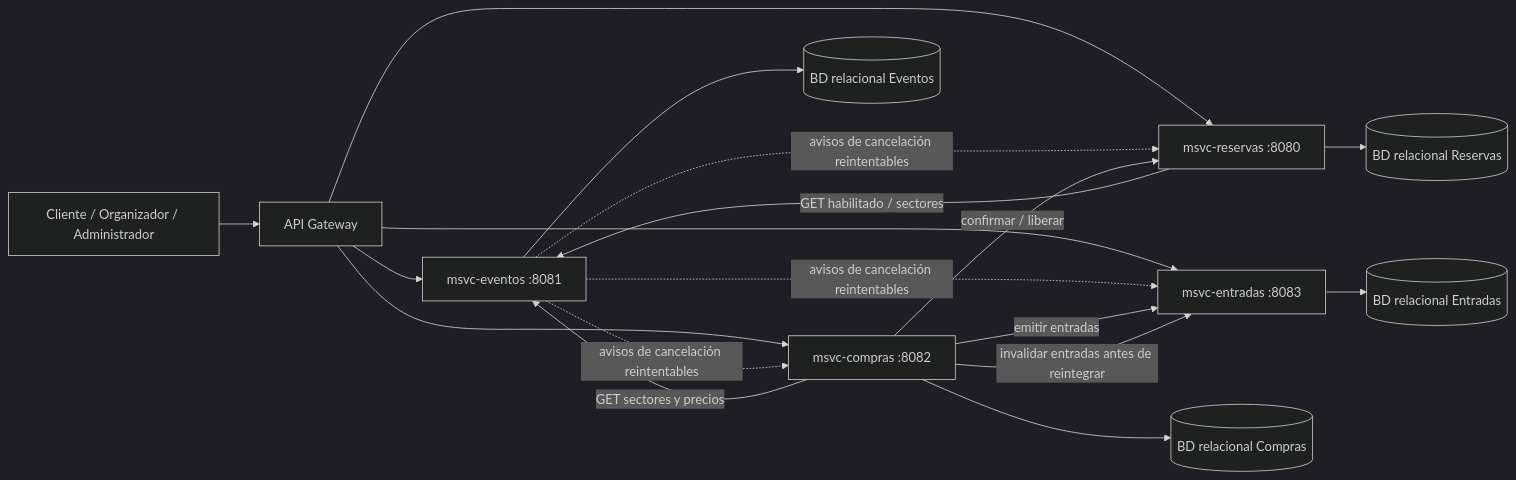
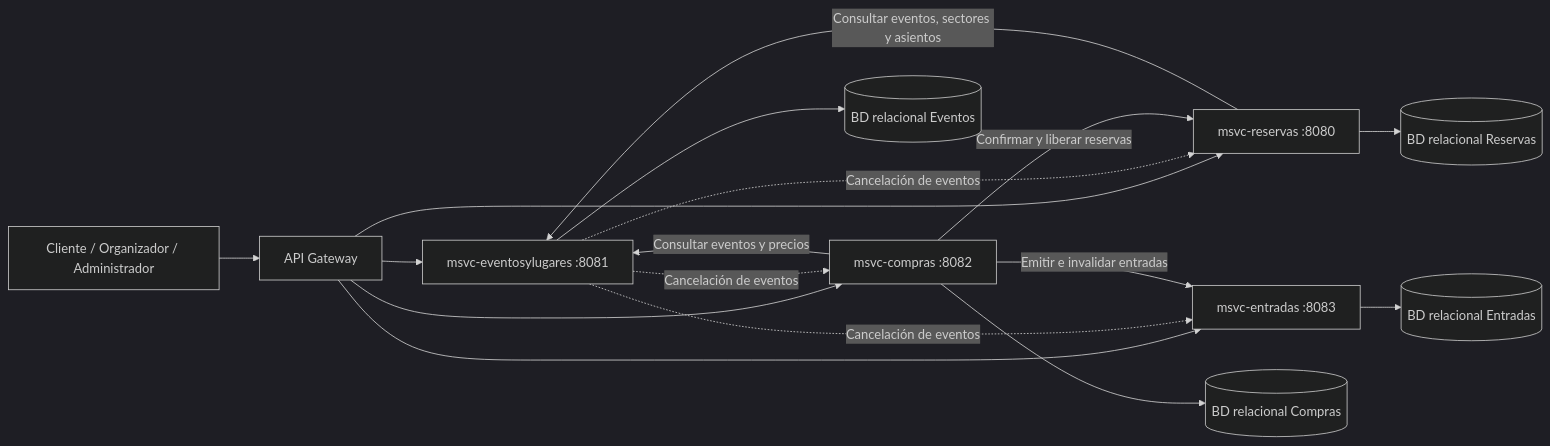
The first of 3 diagrams in TPE-micro1/msvc-eventosylugares/docs/02-ARQUITECTURA-Y-DIAGRAMAS.md (LuliDiNucci/arquitecturasGrupo12), drawn with Mermaid (dark theme) before and after one commit. The commit also changed other lines of this file and 41 other files, not shown here.

````diff
--- a/TPE-micro1/msvc-eventosylugares/docs/02-ARQUITECTURA-Y-DIAGRAMAS.md
+++ b/TPE-micro1/msvc-eventosylugares/docs/02-ARQUITECTURA-Y-DIAGRAMAS.md
@@ -5,24 +11,24 @@
 ```mermaid
 flowchart LR
-  Cliente[Cliente / Organizador / Administrador] --> Gateway[API Gateway]
-  Gateway --> Eventos[msvc-eventos :8081]
-  Gateway --> Reservas[msvc-reservas :8080]
-  Gateway --> Compras[msvc-compras :8082]
-  Gateway --> Entradas[msvc-entradas :8083]
+    Cliente["Cliente / Organizador / Administrador"] --> Gateway["API Gateway"]
 
-  Eventos --> DBE[(BD relacional Eventos)]
-  Reservas --> DBR[(BD relacional Reservas)]
-  Compras --> DBC[(BD relacional Compras)]
-  Entradas --> DBT[(BD relacional Entradas)]
+    Gateway --> Eventos["msvc-eventosylugares :8081"]
+    Gateway --> Reservas["msvc-reservas :8080"]
+    Gateway --> Compras["msvc-compras :8082"]
+    Gateway --> Entradas["msvc-entradas :8083"]
 
-  Reservas -- GET habilitado / sectores --> Eventos
-  Compras -- GET sectores y precios --> Eventos
+    Eventos --> DBE[("BD relacional Eventos")]
+    Reservas --> DBR[("BD relacional Reservas")]
+    Compras --> DBC[("BD relacional Compras")]
+    Entradas --> DBT[("BD relacional Entradas")]
 
-  Eventos -. avisos de cancelación reintentables .-> Reservas
-  Eventos -. avisos de cancelación reintentables .-> Entradas
-  Eventos -. avisos de cancelación reintentables .-> Compras
+    Reservas -->|"Consultar eventos, sectores y asientos"| Eventos
+    Compras -->|"Consultar eventos y precios"| Eventos
 
-  Compras -- confirmar / liberar --> Reservas
-  Compras -- emitir entradas --> Entradas
-  Compras -- invalidar entradas antes de reintegrar --> Entradas
+    Eventos -.->|"Cancelación de eventos"| Reservas
+    Eventos -.->|"Cancelación de eventos"| Entradas
+    Eventos -.->|"Cancelación de eventos"| Compras
+
+    Compras -->|"Confirmar y liberar reservas"| Reservas
+    Compras -->|"Emitir e invalidar entradas"| Entradas
 ```
````
